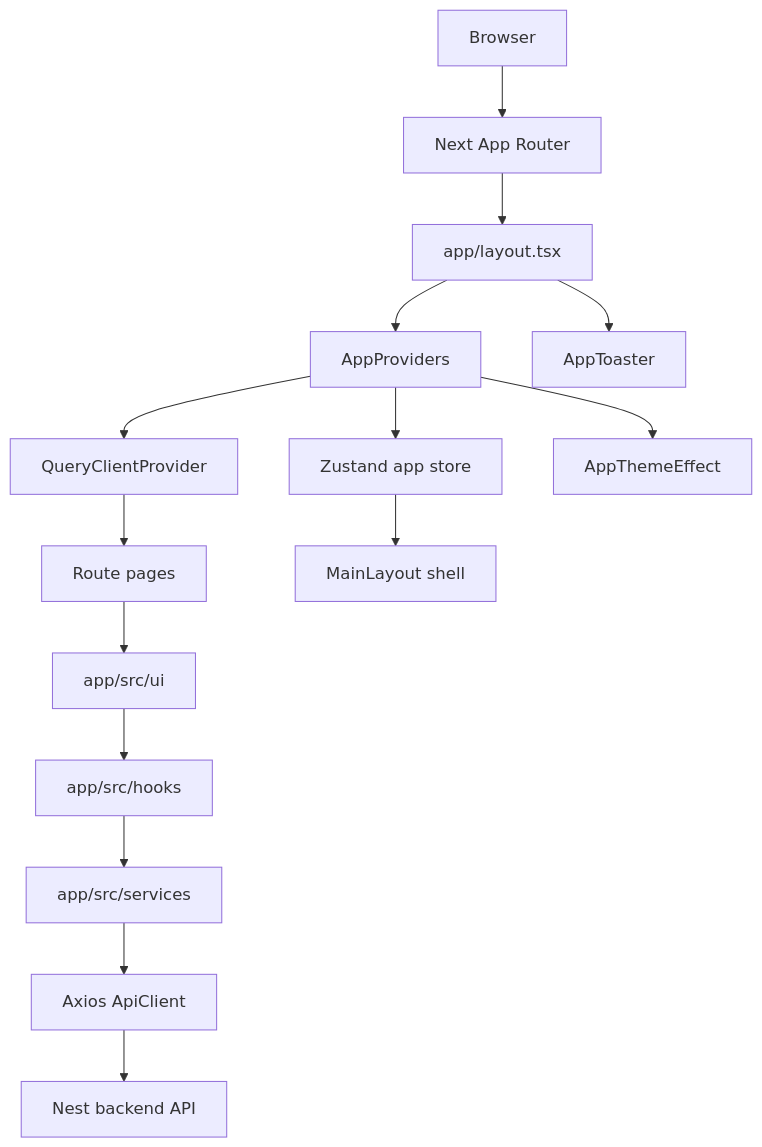
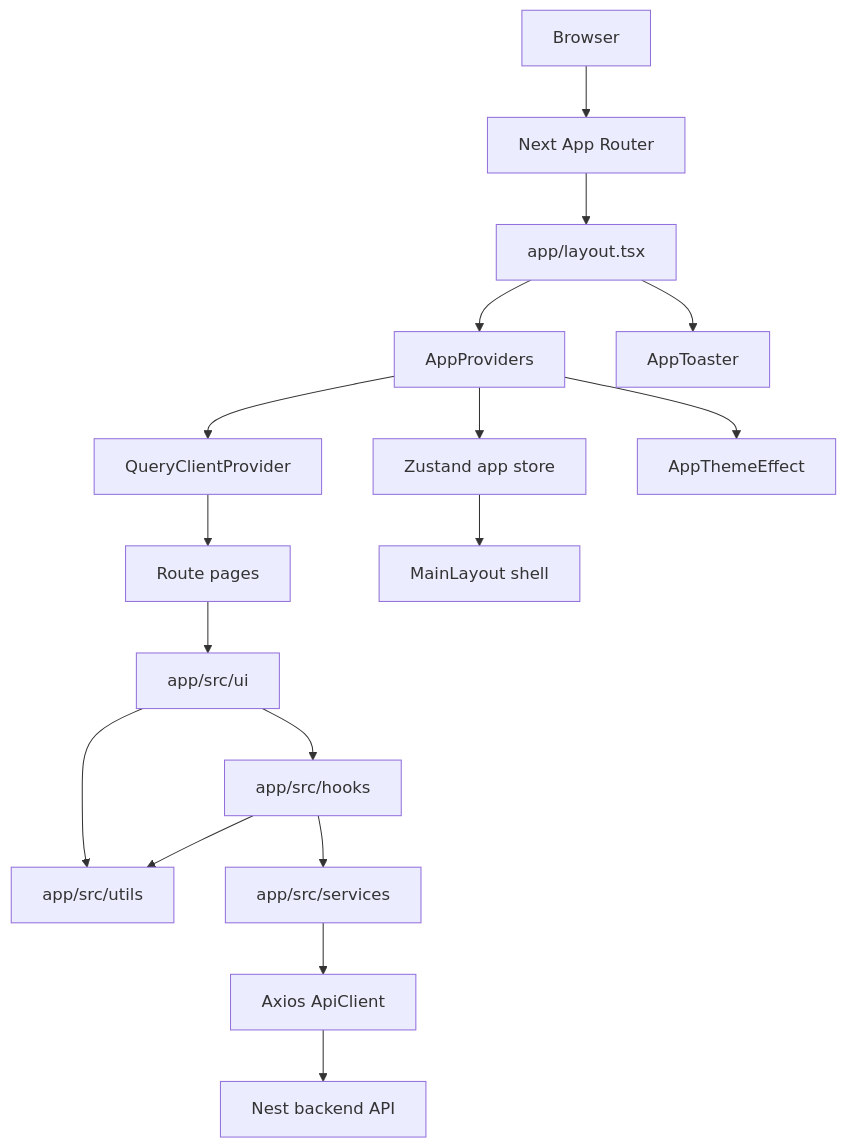
One commit to integr8software/gr8bookslite-frontend changed the first of 5 diagrams in FRONTEND_MAP.md. Above: the diagram before and after it, drawn with Mermaid. The commit also changed other lines of this file and 59 other files, not shown here.

````diff
--- a/FRONTEND_MAP.md
+++ b/FRONTEND_MAP.md
@@ -20,17 +20,19 @@
 ```mermaid
 graph TD
   Browser[Browser] --> NextApp[Next App Router]
   NextApp --> RootLayout[app/layout.tsx]
   RootLayout --> AppProviders[AppProviders]
   RootLayout --> AppToaster[AppToaster]
   AppProviders --> QueryClient[QueryClientProvider]
   AppProviders --> AppStore[Zustand app store]
   AppProviders --> ThemeEffect[AppThemeEffect]
   QueryClient --> Pages[Route pages]
   AppStore --> MainLayout[MainLayout shell]
   Pages --> FeatureUi[app/src/ui]
   FeatureUi --> Hooks[app/src/hooks]
+  FeatureUi --> Utils[app/src/utils]
   Hooks --> Services[app/src/services]
+  Hooks --> Utils
   Services --> ApiClient[Axios ApiClient]
   ApiClient --> Backend[Nest backend API]
 ```
````
